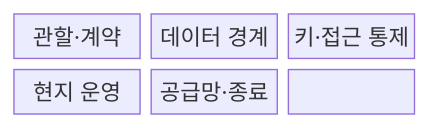
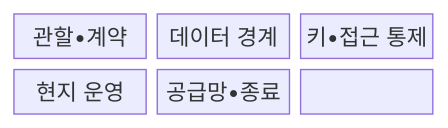
The first of 2 diagrams in src/content/docs/notes/08-latest-tech/182_sovereign_cloud.md (agnusdei1207/knowledge-base), drawn with Mermaid before and after one commit. The commit also changed other lines of this file and 953 other files, not shown here.

````diff
--- a/src/content/docs/notes/08-latest-tech/182_sovereign_cloud.md
+++ b/src/content/docs/notes/08-latest-tech/182_sovereign_cloud.md
@@ -68,11 +68,11 @@
 ```mermaid
 block-beta
   columns 3
-  N0["관할·계약"]
+  N0["관할•계약"]
   N1["데이터 경계"]
-  N2["키·접근 통제"]
+  N2["키•접근 통제"]
   N3["현지 운영"]
-  N4["공급망·종료"]
+  N4["공급망•종료"]
   N0 --- N1 --- N2
   N2 --- N3 --- N4
 ```
````
